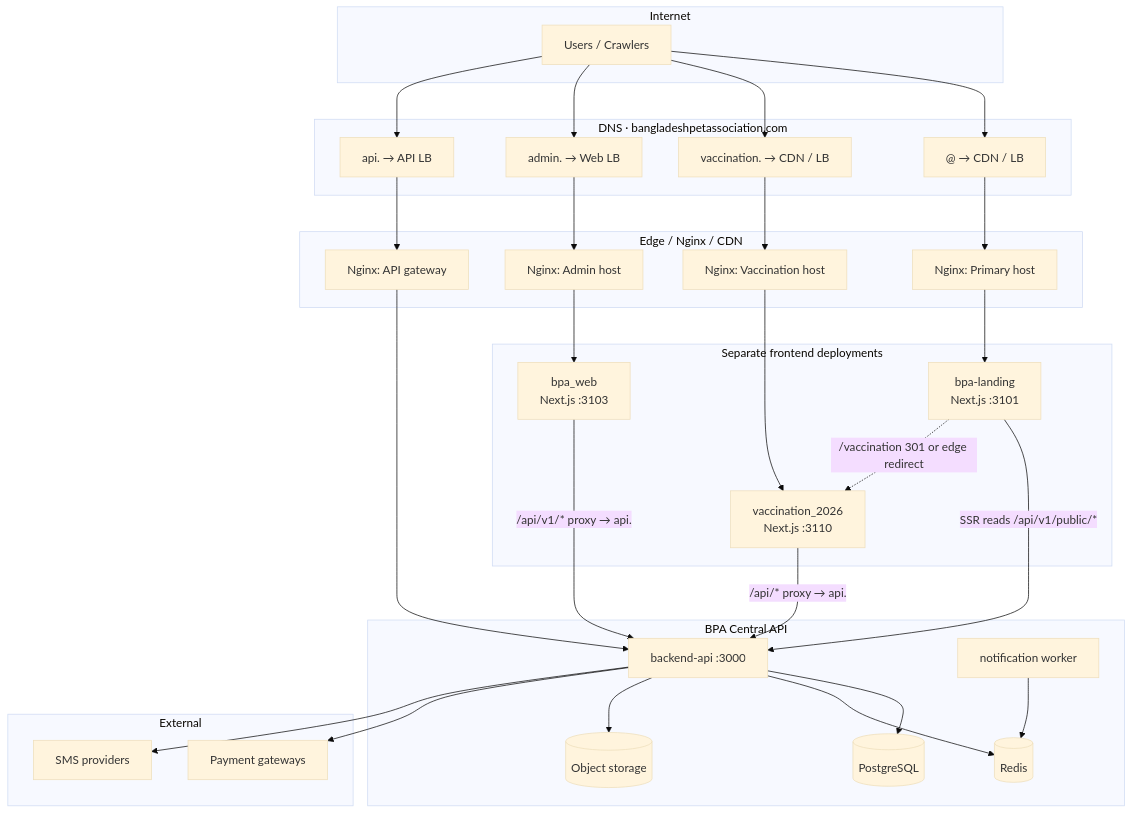
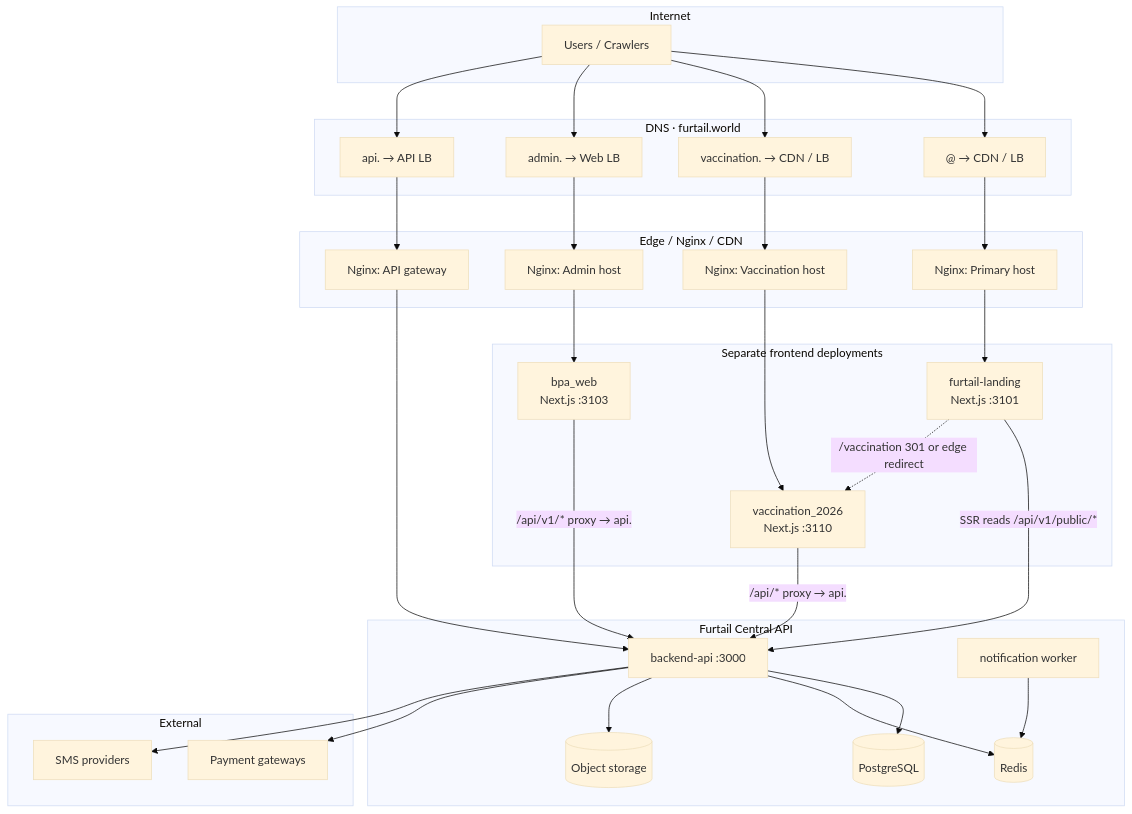
Before and after one commit to balagpetcare/furtail_api: the diagram in docs/architecture/bpa-vaccination-domain-strategy.md, drawn with Mermaid (base theme). The commit also changed other lines of this file and 375 other files, not shown here.

Commit message:
chore(furtail-api): rename project and domains to Furtail

````diff
--- a/docs/architecture/bpa-vaccination-domain-strategy.md
+++ b/docs/architecture/bpa-vaccination-domain-strategy.md
@@ -92,57 +92,57 @@
 ```mermaid
 flowchart TB
   subgraph Internet
     U[Users / Crawlers]
   end
 
-  subgraph DNS["DNS · bangladeshpetassociation.com"]
+  subgraph DNS["DNS · furtail.world"]
     APEX["@ → CDN / LB"]
     VAC["vaccination. → CDN / LB"]
     API["api. → API LB"]
     ADM["admin. → Web LB"]
   end
 
   subgraph Edge["Edge / Nginx / CDN"]
     NGX_L[Nginx: Primary host]
     NGX_V[Nginx: Vaccination host]
     NGX_A[Nginx: Admin host]
     NGX_API[Nginx: API gateway]
   end
 
   subgraph Frontends["Separate frontend deployments"]
-    LAND["bpa-landing<br/>Next.js :3101"]
+    LAND["furtail-landing<br/>Next.js :3101"]
     CAMP["vaccination_2026<br/>Next.js :3110"]
     WEB["bpa_web<br/>Next.js :3103"]
   end
 
-  subgraph Core["BPA Central API"]
+  subgraph Core["Furtail Central API"]
     API_SVC["backend-api :3000"]
     WORKER["notification worker"]
     REDIS[(Redis)]
     PG[(PostgreSQL)]
     S3[(Object storage)]
   end
 
   subgraph External
     PAY[Payment gateways]
     SMS[SMS providers]
   end
 
   U --> APEX --> NGX_L --> LAND
   U --> VAC --> NGX_V --> CAMP
   U --> ADM --> NGX_A --> WEB
   U --> API --> NGX_API --> API_SVC
 
   LAND -->|"SSR reads /api/v1/public/*"| API_SVC
   CAMP -->|"/api/* proxy → api."| API_SVC
   WEB -->|"/api/v1/* proxy → api."| API_SVC
 
   API_SVC --> PG
   API_SVC --> REDIS
   API_SVC --> S3
   WORKER --> REDIS
   API_SVC --> PAY
   API_SVC --> SMS
 
   LAND -.->|"/vaccination 301 or edge redirect"| CAMP
 ```
````
